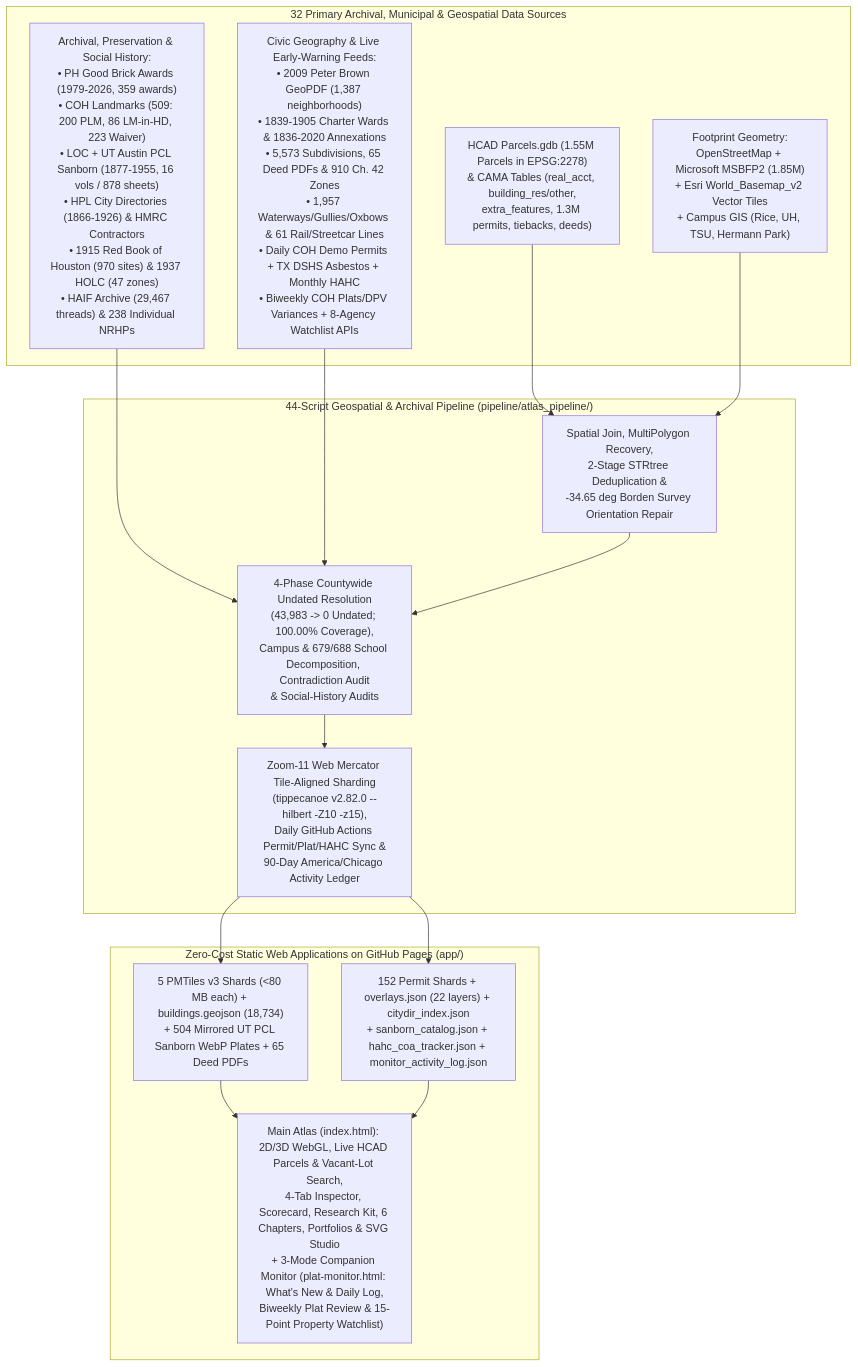
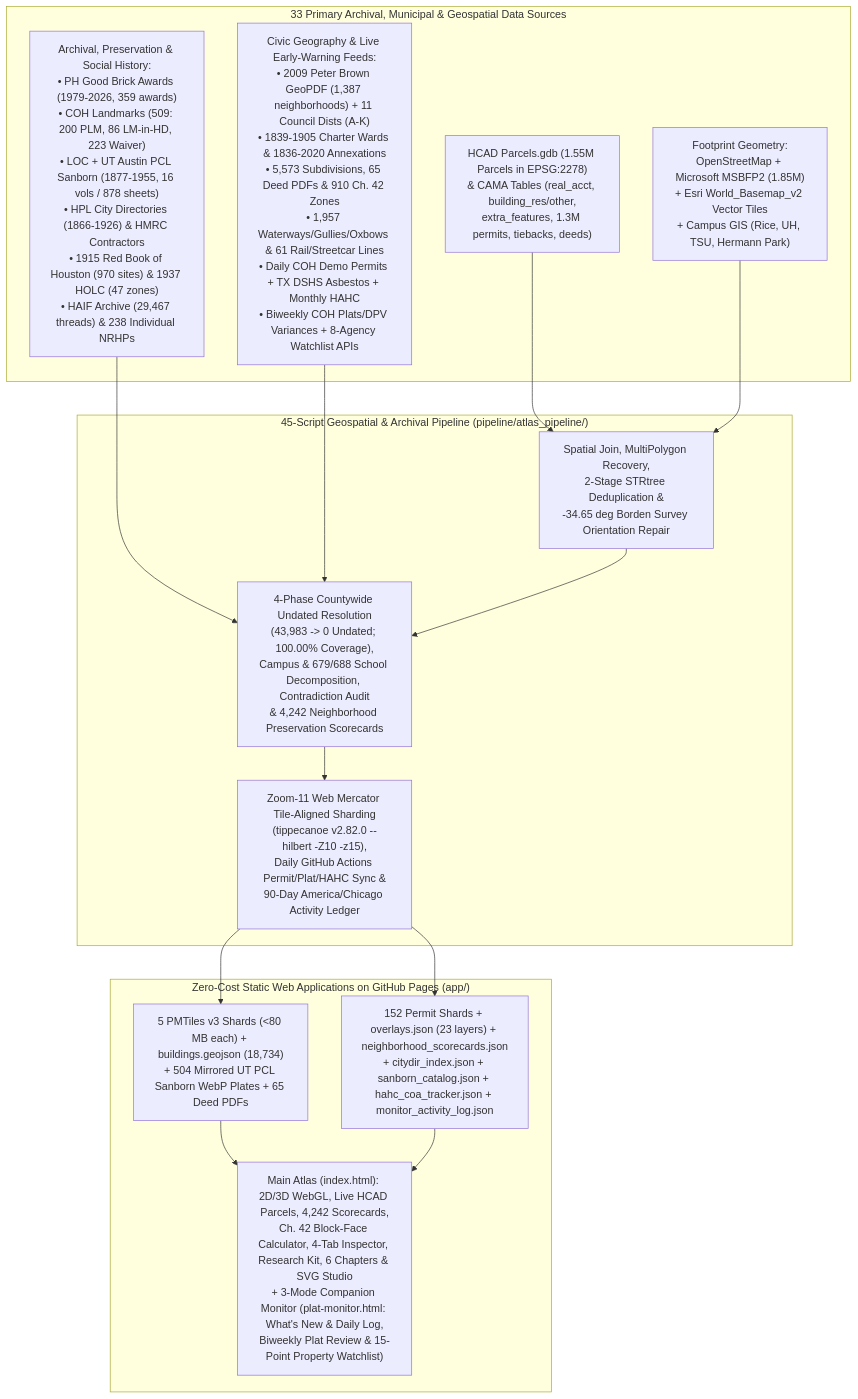
One commit to davemorris-gcp/houston-building-atlas changed the diagram in README.md. Above: the diagram before and after it, drawn with Mermaid. The commit also changed other lines of this file and 34 other files, not shown here.

````diff
--- a/README.md
+++ b/README.md
@@ -19,26 +19,26 @@
 ```mermaid
 flowchart TD
-    subgraph Sources["32 Primary Archival, Municipal & Geospatial Data Sources"]
+    subgraph Sources["33 Primary Archival, Municipal & Geospatial Data Sources"]
         S1["HCAD Parcels.gdb (1.55M Parcels in EPSG:2278)\n& CAMA Tables (real_acct, building_res/other,\nextra_features, 1.3M permits, tiebacks, deeds)"]
         S2["Footprint Geometry:\nOpenStreetMap + Microsoft MSBFP2 (1.85M)\n+ Esri World_Basemap_v2 Vector Tiles\n+ Campus GIS (Rice, UH, TSU, Hermann Park)"]
         S3["Archival, Preservation & Social History:\n• PH Good Brick Awards (1979-2026, 359 awards)\n• COH Landmarks (509: 200 PLM, 86 LM-in-HD, 223 Waiver)\n• LOC + UT Austin PCL Sanborn (1877-1955, 16 vols / 878 sheets)\n• HPL City Directories (1866-1926) & HMRC Contractors\n• 1915 Red Book of Houston (970 sites) & 1937 HOLC (47 zones)\n• HAIF Archive (29,467 threads) & 238 Individual NRHPs"]
-        S4["Civic Geography & Live Early-Warning Feeds:\n• 2009 Peter Brown GeoPDF (1,387 neighborhoods)\n• 1839-1905 Charter Wards & 1836-2020 Annexations\n• 5,573 Subdivisions, 65 Deed PDFs & 910 Ch. 42 Zones\n• 1,957 Waterways/Gullies/Oxbows & 61 Rail/Streetcar Lines\n• Daily COH Demo Permits + TX DSHS Asbestos + Monthly HAHC\n• Biweekly COH Plats/DPV Variances + 8-Agency Watchlist APIs"]
+        S4["Civic Geography & Live Early-Warning Feeds:\n• 2009 Peter Brown GeoPDF (1,387 neighborhoods) + 11 Council Dists (A-K)\n• 1839-1905 Charter Wards & 1836-2020 Annexations\n• 5,573 Subdivisions, 65 Deed PDFs & 910 Ch. 42 Zones\n• 1,957 Waterways/Gullies/Oxbows & 61 Rail/Streetcar Lines\n• Daily COH Demo Permits + TX DSHS Asbestos + Monthly HAHC\n• Biweekly COH Plats/DPV Variances + 8-Agency Watchlist APIs"]
     end
 
-    subgraph Pipeline["44-Script Geospatial & Archival Pipeline (pipeline/atlas_pipeline/)"]
+    subgraph Pipeline["45-Script Geospatial & Archival Pipeline (pipeline/atlas_pipeline/)"]
         P1["Spatial Join, MultiPolygon Recovery,\n2-Stage STRtree Deduplication &\n-34.65 deg Borden Survey Orientation Repair"]
-        P2["4-Phase Countywide Undated Resolution\n(43,983 -> 0 Undated; 100.00% Coverage),\nCampus & 679/688 School Decomposition, Contradiction Audit\n& Social-History Audits"]
+        P2["4-Phase Countywide Undated Resolution\n(43,983 -> 0 Undated; 100.00% Coverage),\nCampus & 679/688 School Decomposition, Contradiction Audit\n& 4,242 Neighborhood Preservation Scorecards"]
         P3["Zoom-11 Web Mercator Tile-Aligned Sharding\n(tippecanoe v2.82.0 --hilbert -Z10 -z15),\nDaily GitHub Actions Permit/Plat/HAHC Sync &\n90-Day America/Chicago Activity Ledger"]
     end
 
     subgraph App["Zero-Cost Static Web Applications on GitHub Pages (app/)"]
         A1["5 PMTiles v3 Shards (<80 MB each) + buildings.geojson (18,734)\n+ 504 Mirrored UT PCL Sanborn WebP Plates + 65 Deed PDFs"]
-        A2["152 Permit Shards + overlays.json (22 layers) + citydir_index.json\n+ sanborn_catalog.json + hahc_coa_tracker.json + monitor_activity_log.json"]
-        A3["Main Atlas (index.html): 2D/3D WebGL, Live HCAD Parcels & Vacant-Lot Search,\n4-Tab Inspector, Scorecard, Research Kit, 6 Chapters, Portfolios & SVG Studio\n+ 3-Mode Companion Monitor (plat-monitor.html: What's New & Daily Log,\nBiweekly Plat Review & 15-Point Property Watchlist)"]
+        A2["152 Permit Shards + overlays.json (23 layers) + neighborhood_scorecards.json\n+ citydir_index.json + sanborn_catalog.json + hahc_coa_tracker.json + monitor_activity_log.json"]
+        A3["Main Atlas (index.html): 2D/3D WebGL, Live HCAD Parcels, 4,242 Scorecards,\nCh. 42 Block-Face Calculator, 4-Tab Inspector, Research Kit, 6 Chapters & SVG Studio\n+ 3-Mode Companion Monitor (plat-monitor.html: What's New & Daily Log,\nBiweekly Plat Review & 15-Point Property Watchlist)"]
     end
 
     S1 & S2 --> P1
     S3 & S4 --> P2
     P1 --> P2 --> P3
     P3 --> A1 & A2 --> A3
 ```
````
